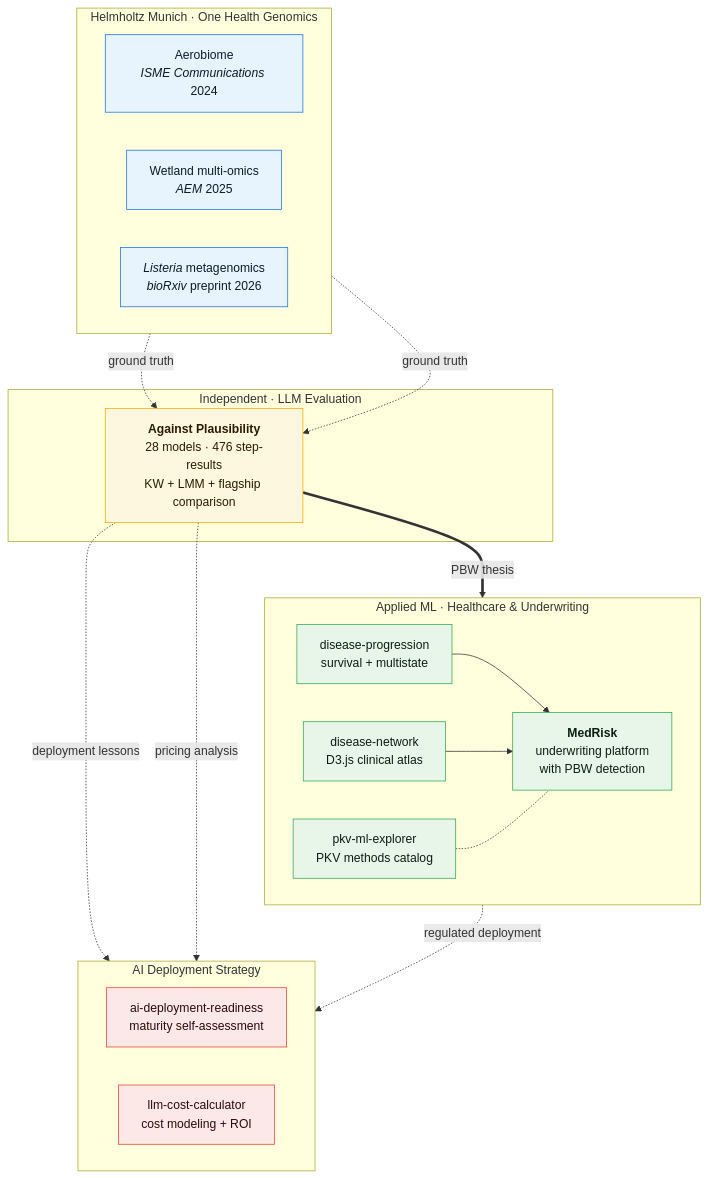
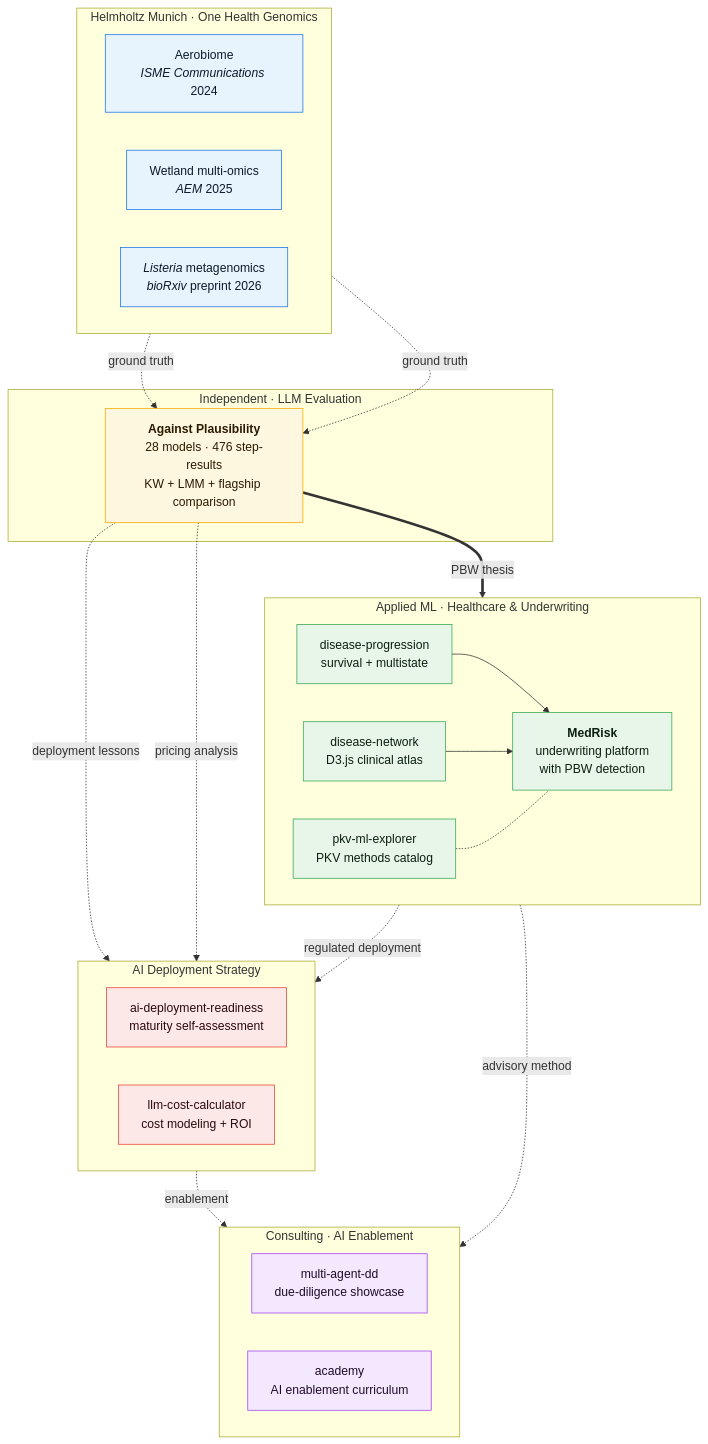
Before and after one commit to ttmgr/Tim_Reska: the diagram in README.md, drawn with Mermaid. The commit also changed other lines of this file and 16 other files, not shown here.

````diff
--- a/README.md
+++ b/README.md
@@ -17,48 +17,58 @@
 ```mermaid
 flowchart TB
     subgraph H["Helmholtz Munich · One Health Genomics"]
         direction LR
         A["Aerobiome<br/><i>ISME Communications</i> 2024"]
         W["Wetland multi-omics<br/><i>AEM</i> 2025"]
         L["<i>Listeria</i> metagenomics<br/><i>bioRxiv</i> preprint 2026"]
     end
 
     subgraph I["Independent · LLM Evaluation"]
         E["<b>Against Plausibility</b><br/>28 models · 476 step-results<br/>KW + LMM + flagship comparison"]
     end
 
     subgraph T["Applied ML · Healthcare & Underwriting"]
         direction LR
         DP["disease-progression<br/>survival + multistate"]
         DN["disease-network<br/>D3.js clinical atlas"]
         MR["<b>MedRisk</b><br/>underwriting platform<br/>with PBW detection"]
         PKV["pkv-ml-explorer<br/>PKV methods catalog"]
     end
 
     subgraph D["AI Deployment Strategy"]
         direction LR
         ADR["ai-deployment-readiness<br/>maturity self-assessment"]
         LCC["llm-cost-calculator<br/>cost modeling + ROI"]
     end
 
+    subgraph C["Consulting · AI Enablement"]
+        direction LR
+        MAD["multi-agent-dd<br/>due-diligence showcase"]
+        ACA["academy<br/>AI enablement curriculum"]
+    end
+
     A -. ground truth .-> E
     W -. ground truth .-> E
     E == PBW thesis ==> MR
 
     DP --> MR
     DN --> MR
     PKV -.- MR
 
     E -. deployment lessons .-> ADR
     E -. pricing analysis .-> LCC
     MR -. regulated deployment .-> ADR
+    ADR -. enablement .-> ACA
+    MR -. advisory method .-> MAD
 
     classDef helm fill:#e8f4fd,stroke:#1a73e8,color:#0b1b2b
     classDef ind fill:#fef7e0,stroke:#f9ab00,color:#2b1b00
     classDef appl fill:#e8f5e9,stroke:#34a853,color:#0b1f10
     classDef depl fill:#fce8e6,stroke:#ea4335,color:#2b0b0b
+    classDef cons fill:#f3e8fd,stroke:#a142f4,color:#1f0b2b
     class A,W,L helm
     class E ind
     class DP,DN,MR,PKV appl
     class ADR,LCC depl
+    class MAD,ACA cons
 ```
````
